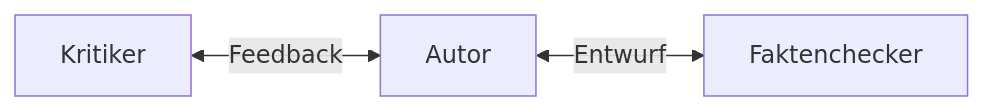
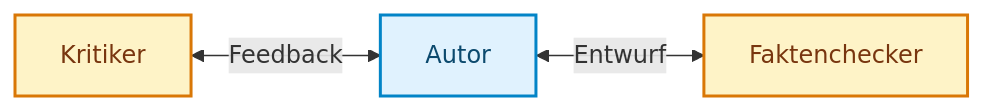
Before and after one commit to ralf-42/Agenten: the ninth of 10 diagrams in docs/06-multi-agent-erweiterungen/multi-agent-systeme.md, drawn with Mermaid. The commit also changed other lines of this file and 18 other files, not shown here.

````diff
--- a/docs/06-multi-agent-erweiterungen/multi-agent-systeme.md
+++ b/docs/06-multi-agent-erweiterungen/multi-agent-systeme.md
@@ -272,5 +342,10 @@
 ```mermaid
 flowchart LR
     A[Kritiker] <-->|Feedback| B[Autor]
     B <-->|Entwurf| C[Faktenchecker]
+
+    classDef default fill:#e0f2fe,stroke:#0284c7,stroke-width:2px,color:#0c4a6e;
+    classDef metric fill:#fef3c7,stroke:#d97706,stroke-width:2px,color:#78350f;
+
+    class A,C metric;
 ```
````
